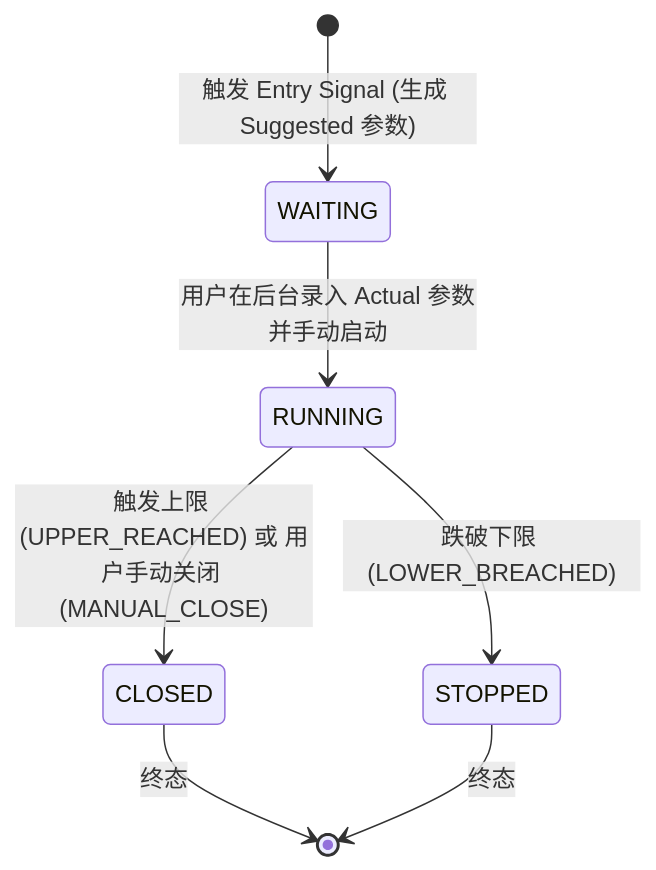
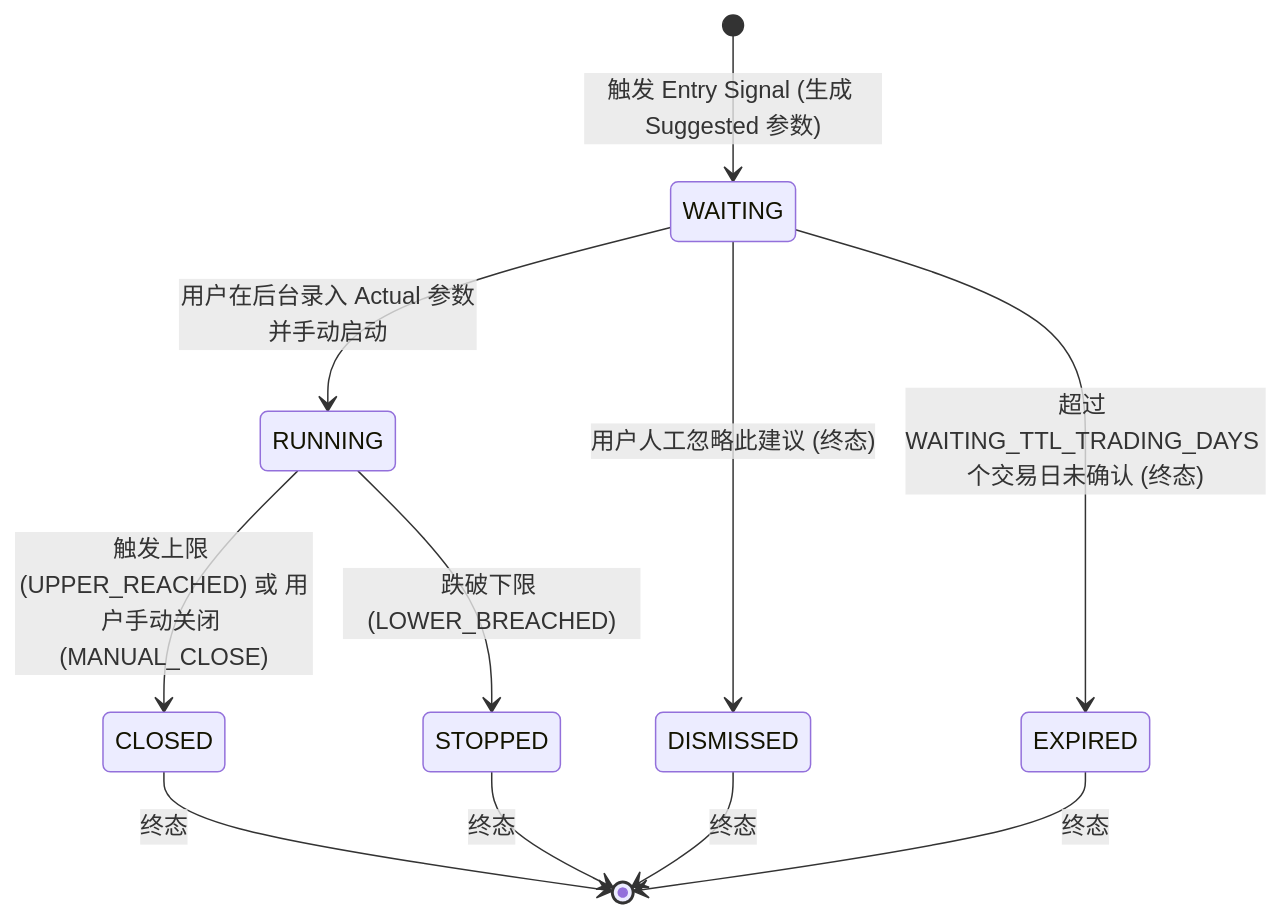
One commit to larkspur8506/LEAPS-Option-Alert changed the diagram in README.md. Above: the diagram before and after it, drawn with Mermaid. The commit also changed other lines of this file and 29 other files, not shown here.

````diff
--- a/README.md
+++ b/README.md
@@ -45,9 +56,13 @@
 ```mermaid
 stateDiagram-v2
     [*] --> WAITING: 触发 Entry Signal (生成 Suggested 参数)
     WAITING --> RUNNING: 用户在后台录入 Actual 参数并手动启动
+    WAITING --> DISMISSED: 用户人工忽略此建议 (终态)
+    WAITING --> EXPIRED: 超过 WAITING_TTL_TRADING_DAYS 个交易日未确认 (终态)
     RUNNING --> CLOSED: 触发上限 (UPPER_REACHED) 或 用户手动关闭 (MANUAL_CLOSE)
     RUNNING --> STOPPED: 跌破下限 (LOWER_BREACHED)
     CLOSED --> [*]: 终态
     STOPPED --> [*]: 终态
+    DISMISSED --> [*]: 终态
+    EXPIRED --> [*]: 终态
 ```
````
